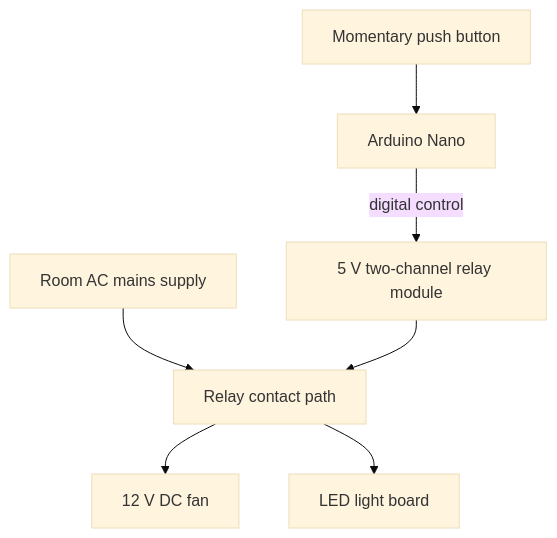
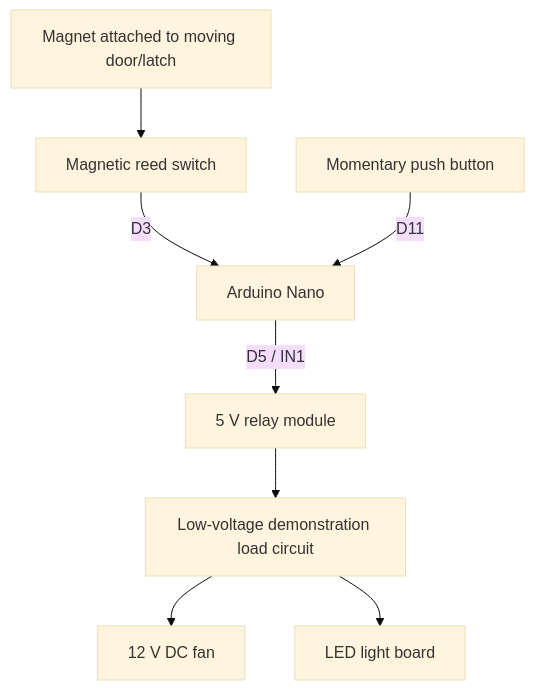
One commit to D-Venu/power_latch changed the diagram in docs/system-design.md. Above: the diagram before and after it, drawn with Mermaid (base theme). The commit also changed other lines of this file, not shown here.

Commit message:
Document Power Latch sensor workflow and confirmed control behaviour

````diff
--- a/docs/system-design.md
+++ b/docs/system-design.md
@@ -9,9 +9,10 @@
 ```mermaid
-flowchart TB
-    INPUT[Momentary push button] --> MCU[Arduino Nano]
-    MCU -->|digital control| RELAY[5 V two-channel relay module]
-    AC[Room AC mains supply] --> CONTACTS[Relay contact path]
-    RELAY --> CONTACTS
-    CONTACTS --> FAN[12 V DC fan]
-    CONTACTS --> LED[LED light board]
+flowchart TD
+    MAG[Magnet attached to moving door/latch] --> REED[Magnetic reed switch]
+    REED -->|D3| MCU[Arduino Nano]
+    BTN[Momentary push button] -->|D11| MCU
+    MCU -->|D5 / IN1| RELAY[5 V relay module]
+    RELAY --> LOAD[Low-voltage demonstration load circuit]
+    LOAD --> FAN[12 V DC fan]
+    LOAD --> LED[LED light board]
 ```
````
